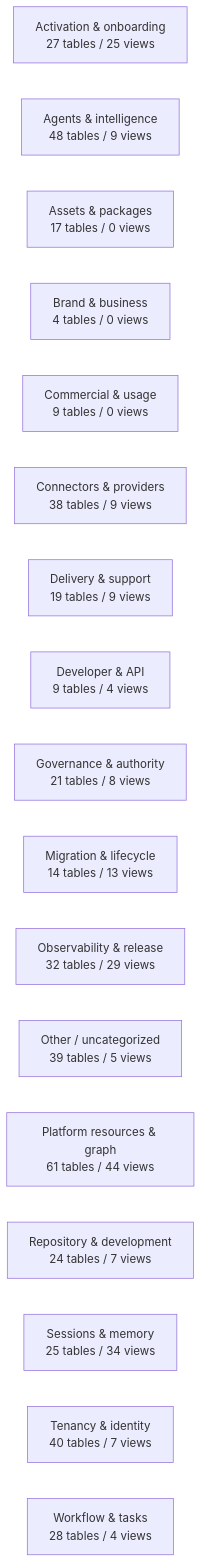
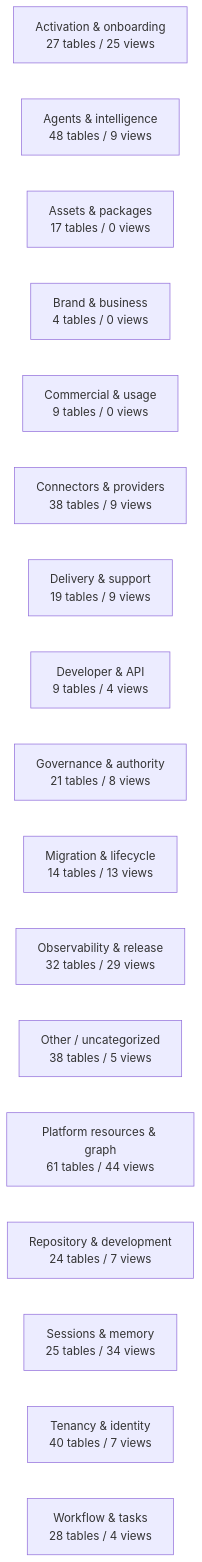
The diagram in docs/work-maps/data-model-domain-map.md (mad4bdigital-ai/multi-business-multi-role-growth-intelligence-os), drawn with Mermaid before and after one commit. The commit also changed other lines of this file and 2 other files, not shown here.

````diff
--- a/docs/work-maps/data-model-domain-map.md
+++ b/docs/work-maps/data-model-domain-map.md
@@ -9,20 +9,20 @@
 ```mermaid
 flowchart LR
   n_Activation___onboarding["Activation & onboarding<br/>27 tables / 25 views"]
   n_Agents___intelligence["Agents & intelligence<br/>48 tables / 9 views"]
   n_Assets___packages["Assets & packages<br/>17 tables / 0 views"]
   n_Brand___business["Brand & business<br/>4 tables / 0 views"]
   n_Commercial___usage["Commercial & usage<br/>9 tables / 0 views"]
   n_Connectors___providers["Connectors & providers<br/>38 tables / 9 views"]
   n_Delivery___support["Delivery & support<br/>19 tables / 9 views"]
   n_Developer___API["Developer & API<br/>9 tables / 4 views"]
   n_Governance___authority["Governance & authority<br/>21 tables / 8 views"]
   n_Migration___lifecycle["Migration & lifecycle<br/>14 tables / 13 views"]
   n_Observability___release["Observability & release<br/>32 tables / 29 views"]
-  n_Other___uncategorized["Other / uncategorized<br/>39 tables / 5 views"]
+  n_Other___uncategorized["Other / uncategorized<br/>38 tables / 5 views"]
   n_Platform_resources___graph["Platform resources & graph<br/>61 tables / 44 views"]
   n_Repository___development["Repository & development<br/>24 tables / 7 views"]
   n_Sessions___memory["Sessions & memory<br/>25 tables / 34 views"]
   n_Tenancy___identity["Tenancy & identity<br/>40 tables / 7 views"]
   n_Workflow___tasks["Workflow & tasks<br/>28 tables / 4 views"]
 ```
````
